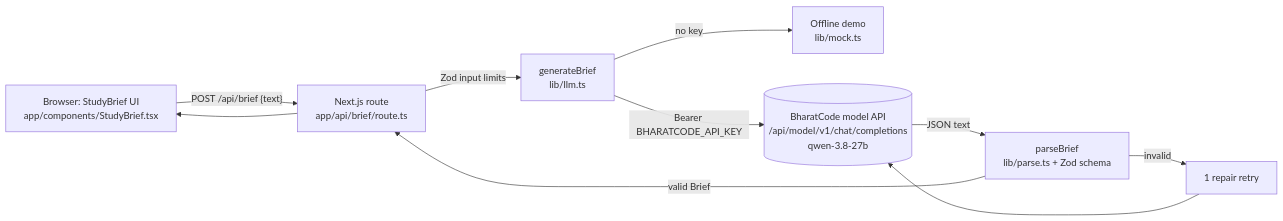
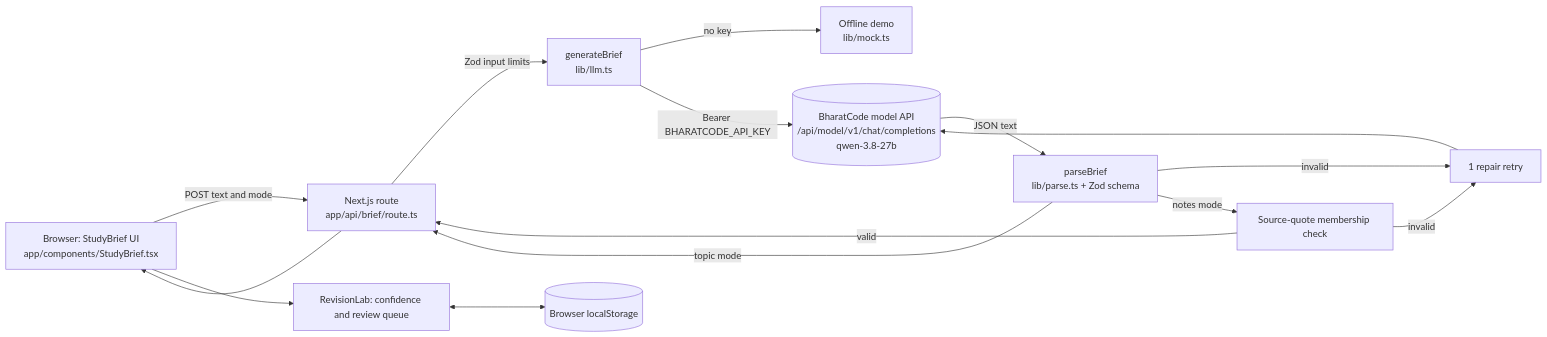
Before and after one commit to suganthikannan093-hue/studybrief: the diagram in README.md, drawn with Mermaid. The commit also changed other lines of this file and 8 other files, not shown here.

Commit message:
Document features, architecture, API, operations and validation

````diff
--- a/README.md
+++ b/README.md
@@ -27,10 +29,15 @@
 ```mermaid
 flowchart LR
-  U[Browser: StudyBrief UI<br/>app/components/StudyBrief.tsx] -- POST /api/brief {text} --> R[Next.js route<br/>app/api/brief/route.ts]
+  U[Browser: StudyBrief UI<br/>app/components/StudyBrief.tsx] -- POST text and mode --> R[Next.js route<br/>app/api/brief/route.ts]
   R -- Zod input limits --> G[generateBrief<br/>lib/llm.ts]
   G -- no key --> M[Offline demo<br/>lib/mock.ts]
   G -- Bearer BHARATCODE_API_KEY --> B[(BharatCode model API<br/>/api/model/v1/chat/completions<br/>qwen-3.8-27b)]
   B -- JSON text --> P[parseBrief<br/>lib/parse.ts + Zod schema]
   P -- invalid --> RP[1 repair retry] --> B
-  P -- valid Brief --> R --> U
+  P -- notes mode --> Q[Source-quote membership check]
+  Q -- invalid --> RP
+  Q -- valid --> R
+  P -- topic mode --> R --> U
+  U --> L[RevisionLab: confidence and review queue]
+  L <--> S[(Browser localStorage)]
 ```
````
